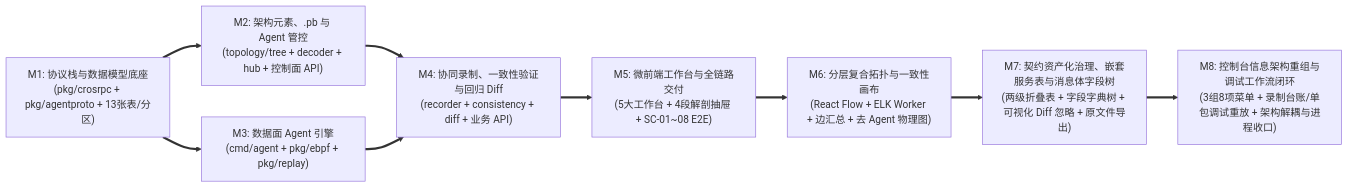
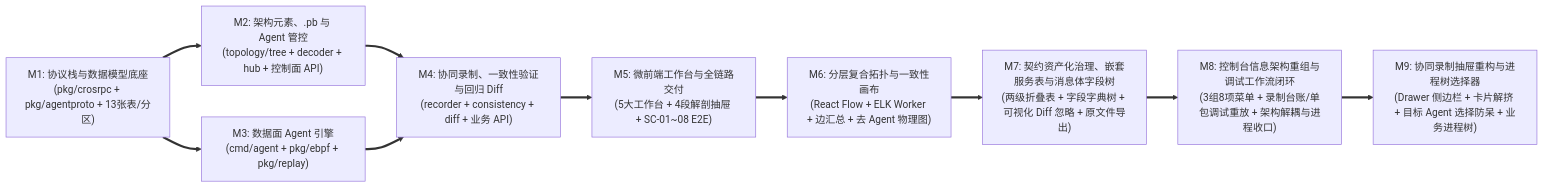
The diagram in docs/04-tasks/01-roadmap.md (fugui/code-traefik), drawn with Mermaid before and after one commit. The commit also changed other lines of this file and 14 other files, not shown here.

````diff
--- a/docs/04-tasks/01-roadmap.md
+++ b/docs/04-tasks/01-roadmap.md
@@ -26,20 +26,22 @@
 ```mermaid
 flowchart LR
     M1["M1: 协议栈与数据模型底座<br/>(pkg/crosrpc + pkg/agentproto + 13张表/分区)"]
     M2["M2: 架构元素、.pb 与 Agent 管控<br/>(topology/tree + decoder + hub + 控制面 API)"]
     M3["M3: 数据面 Agent 引擎<br/>(cmd/agent + pkg/ebpf + pkg/replay)"]
     M4["M4: 协同录制、一致性验证与回归 Diff<br/>(recorder + consistency + diff + 业务 API)"]
     M5["M5: 微前端工作台与全链路交付<br/>(5大工作台 + 4段解剖抽屉 + SC-01~08 E2E)"]
 
     M1 ==> M2
     M1 ==> M3
     M2 ==> M4
     M3 ==> M4
     M4 ==> M5
     M5 ==> M6
     M6 ==> M7
     M7 ==> M8
+    M8 ==> M9
     M6["M6: 分层复合拓扑与一致性画布<br/>(React Flow + ELK Worker + 边汇总 + 去 Agent 物理图)"]
     M7["M7: 契约资产化治理、嵌套服务表与消息体字段树<br/>(两级折叠表 + 字段字典树 + 可视化 Diff 忽略 + 原文件导出)"]
     M8["M8: 控制台信息架构重组与调试工作流闭环<br/>(3组8项菜单 + 录制台账/单包调试重放 + 架构解耦与进程收口)"]
+    M9["M9: 协同录制抽屉重构与进程树选择器<br/>(Drawer 侧边栏 + 卡片解挤 + 目标 Agent 选择防呆 + 业务进程树)"]
 ```
````
